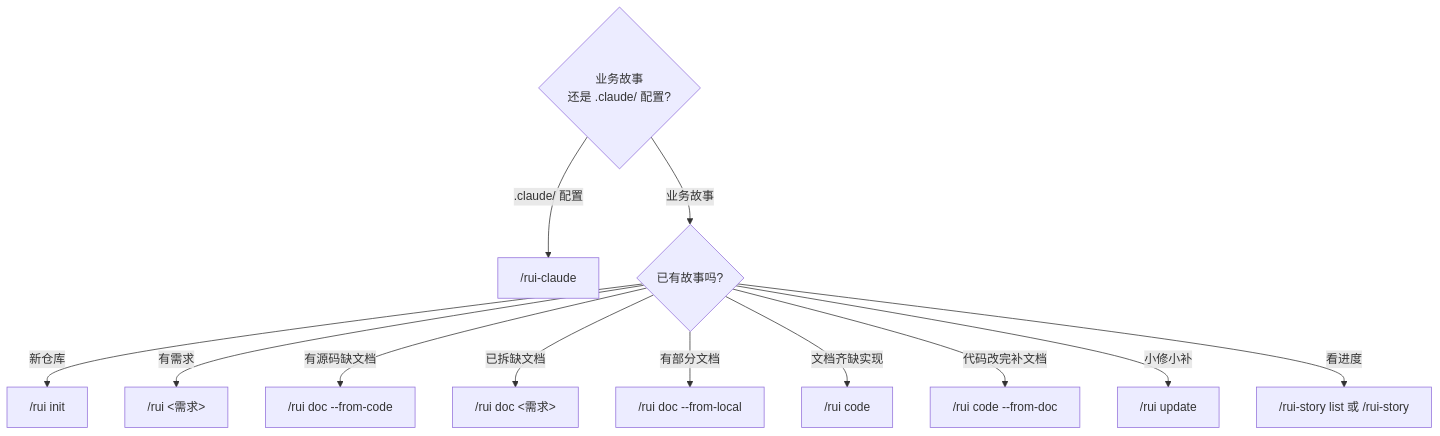
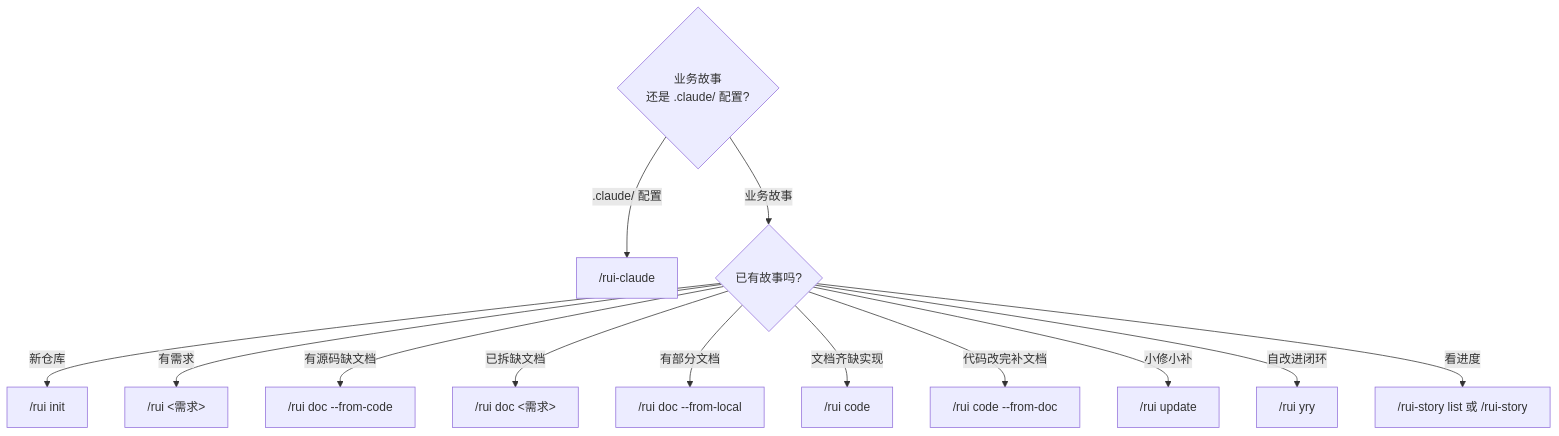
Before and after one commit to effiy/YrY: the first of 14 diagrams in skills/rui/SKILL.md, drawn with Mermaid. The commit also changed other lines of this file and 8 other files, not shown here.

````diff
--- a/skills/rui/SKILL.md
+++ b/skills/rui/SKILL.md
@@ -22,15 +22,16 @@
 ```mermaid
 flowchart TD
     Q1{"业务故事<br/>还是 .claude/ 配置?"}
     Q1 -->|".claude/ 配置"| RC["/rui-claude"]
     Q1 -->|"业务故事"| Q2{"已有故事吗?"}
     Q2 -->|"新仓库"| INIT["/rui init"]
     Q2 -->|"有需求"| E2E["/rui <需求>"]
     Q2 -->|"有源码缺文档"| FC["/rui doc --from-code"]
     Q2 -->|"已拆缺文档"| DOC["/rui doc <需求>"]
     Q2 -->|"有部分文档"| LOC["/rui doc --from-local <name>"]
     Q2 -->|"文档齐缺实现"| CODE["/rui code <name>"]
     Q2 -->|"代码改完补文档"| FD["/rui code --from-doc"]
     Q2 -->|"小修小补"| UPD["/rui update"]
+    Q2 -->|"自改进闭环"| YRY["/rui yry"]
     Q2 -->|"看进度"| LIST["/rui-story list 或 /rui-story"]
 ```
````
